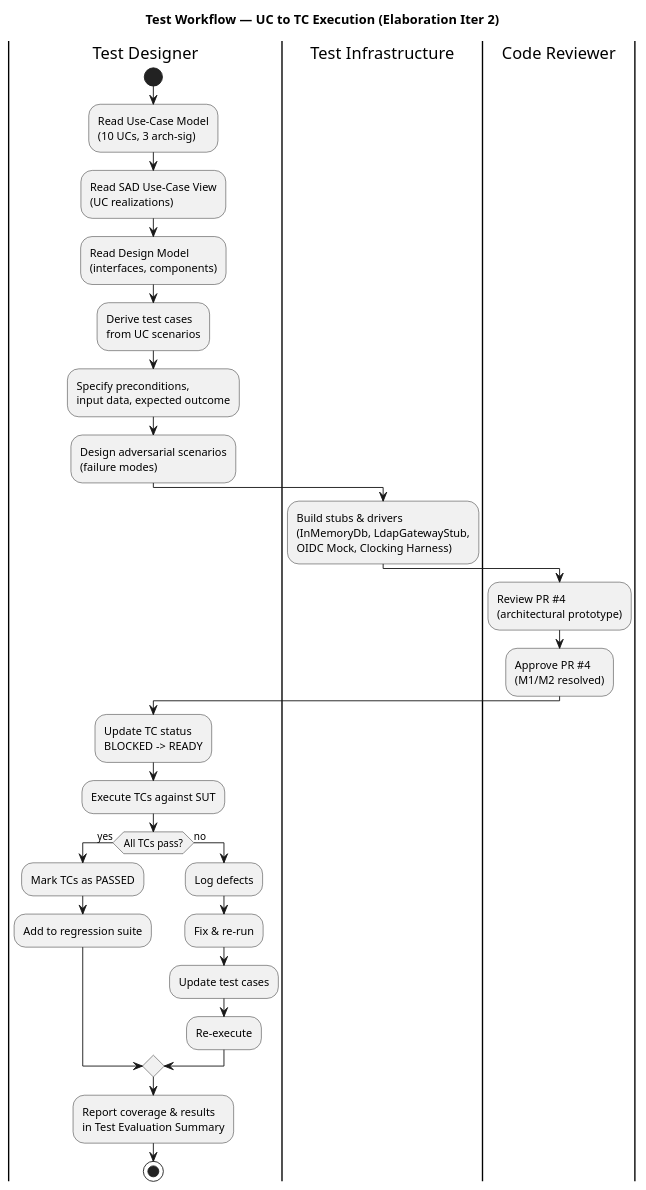
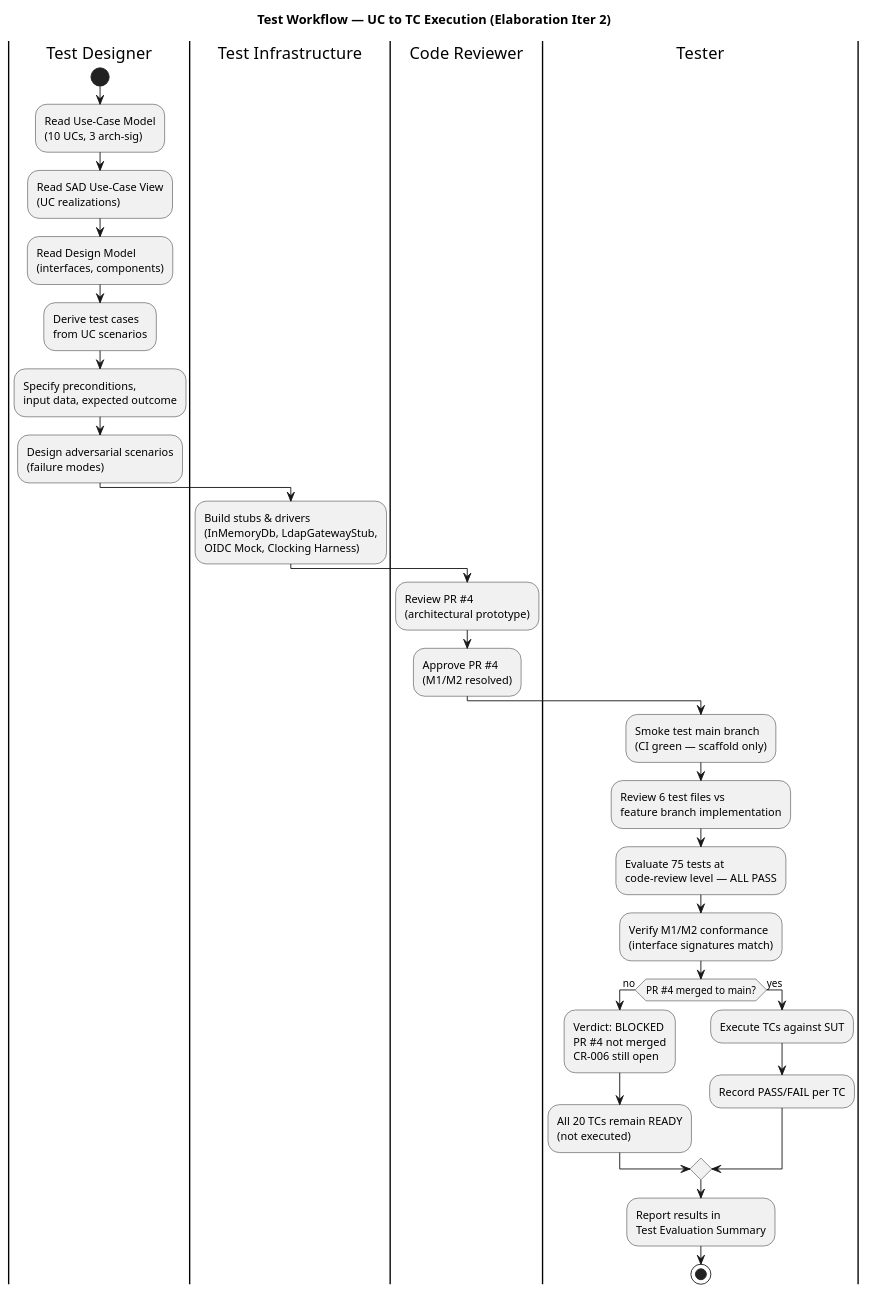
Before and after one commit to banense-test/portal-cuba-corp: the third of 3 diagrams in docs/artifacts/test/test-case.md, drawn with PlantUML. The commit also changed other lines of this file, not shown here.

First line of the commit message:
Tester [E2]: upsert Test Case

````diff
--- a/docs/artifacts/test/test-case.md
+++ b/docs/artifacts/test/test-case.md
@@ -266,44 +227,42 @@
 ```plantuml
 @startuml
 title Test Workflow — UC to TC Execution (Elaboration Iter 2)
 
 |Test Designer|
 start
 :Read Use-Case Model\n(10 UCs, 3 arch-sig);
 :Read SAD Use-Case View\n(UC realizations);
 :Read Design Model\n(interfaces, components);
 
 |Test Designer|
 :Derive test cases\nfrom UC scenarios;
 :Specify preconditions,\ninput data, expected outcome;
 :Design adversarial scenarios\n(failure modes);
 
 |Test Infrastructure|
 :Build stubs & drivers\n(InMemoryDb, LdapGatewayStub,\nOIDC Mock, Clocking Harness);
 
 |Code Reviewer|
 :Review PR #4\n(architectural prototype);
 :Approve PR #4\n(M1/M2 resolved);
 
-|Test Designer|
-:Update TC status\nBLOCKED -> READY;
-:Execute TCs against SUT;
+|Tester|
+:Smoke test main branch\n(CI green — scaffold only);
+:Review 6 test files vs\nfeature branch implementation;
+:Evaluate 75 tests at\ncode-review level — ALL PASS;
+:Verify M1/M2 conformance\n(interface signatures match);
 
-if (All TCs pass?) then (yes)
-  :Mark TCs as PASSED;
-  :Add to regression suite;
-else (no)
-  :Log defects;
-  :Fix & re-run;
-  |Test Designer|
-  :Update test cases;
-  |Test Designer|
-  :Re-execute;
+if (PR #4 merged to main?) then (no)
+  :Verdict: BLOCKED\nPR #4 not merged\nCR-006 still open;
+  :All 20 TCs remain READY\n(not executed);
+else (yes)
+  :Execute TCs against SUT;
+  :Record PASS/FAIL per TC;
 endif
 
-:Report coverage & results\nin Test Evaluation Summary;
+:Report results in\nTest Evaluation Summary;
 
 stop
 
 @enduml
 ```
````
